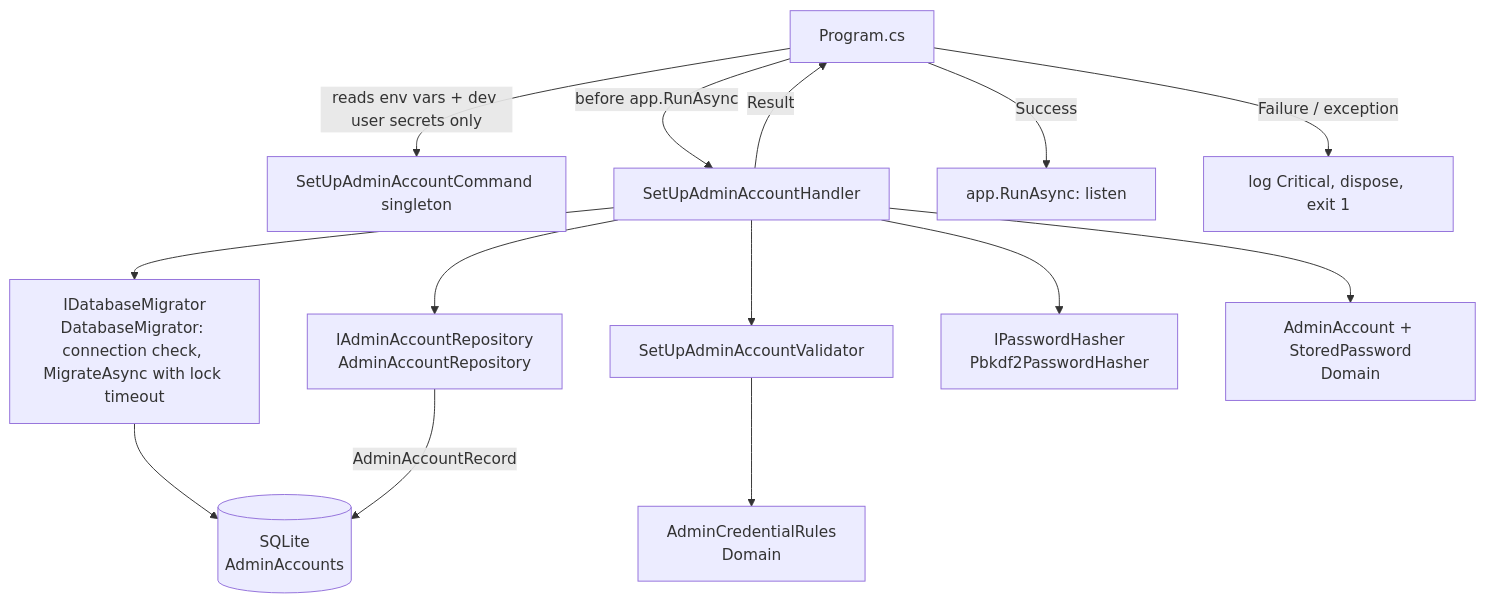
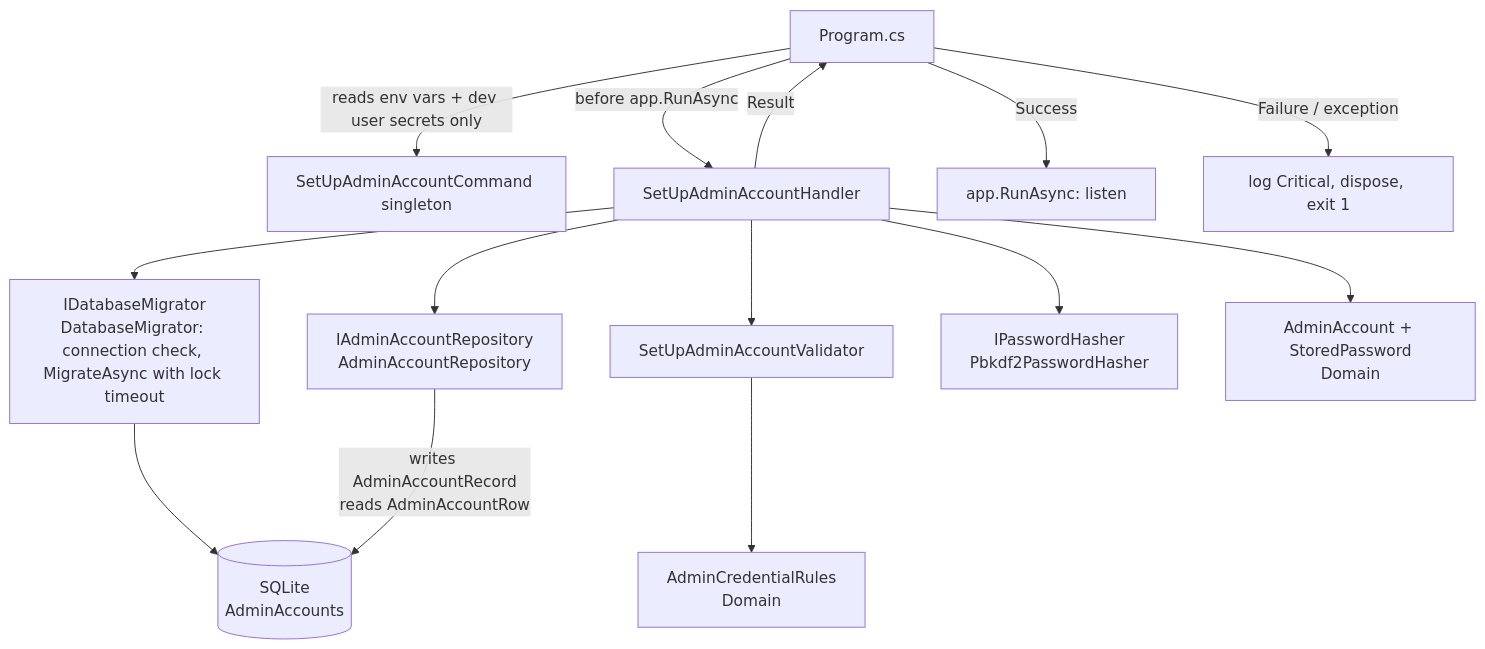
The diagram in specs/013-admin-account-setup/plan.md (alannguyen2003/ShopManagement), drawn with Mermaid before and after one commit. The commit also changed other lines of this file and 4 other files, not shown here.

Commit message:
docs(013): amend plan rev 2 — read damaged rows through keyless AdminAccountRow

````diff
--- a/specs/013-admin-account-setup/plan.md
+++ b/specs/013-admin-account-setup/plan.md
@@ -87,16 +86,16 @@
 ```mermaid
 flowchart TD
   P[Program.cs] -->|reads env vars + dev user secrets only| C[SetUpAdminAccountCommand singleton]
   P -->|before app.RunAsync| H[SetUpAdminAccountHandler]
   H --> M[IDatabaseMigrator<br>DatabaseMigrator: connection check, MigrateAsync with lock timeout]
   H --> R[IAdminAccountRepository<br>AdminAccountRepository]
   H --> VA[SetUpAdminAccountValidator]
   VA --> CR[AdminCredentialRules<br>Domain]
   H --> PH[IPasswordHasher<br>Pbkdf2PasswordHasher]
   H --> A[AdminAccount + StoredPassword<br>Domain]
   M --> DB[(SQLite<br>AdminAccounts)]
-  R -->|AdminAccountRecord| DB
+  R -->|writes AdminAccountRecord<br>reads AdminAccountRow| DB
   H -->|Result| P
   P -->|Success| RUN[app.RunAsync: listen]
   P -->|Failure / exception| EXIT[log Critical, dispose, exit 1]
 ```
````
